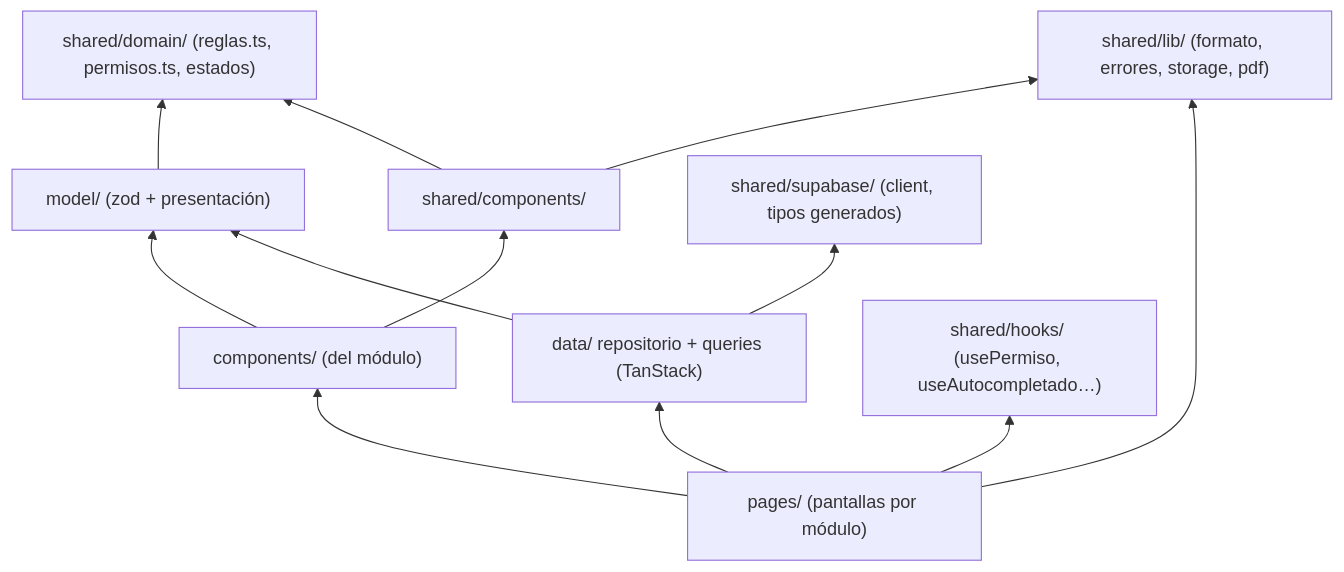
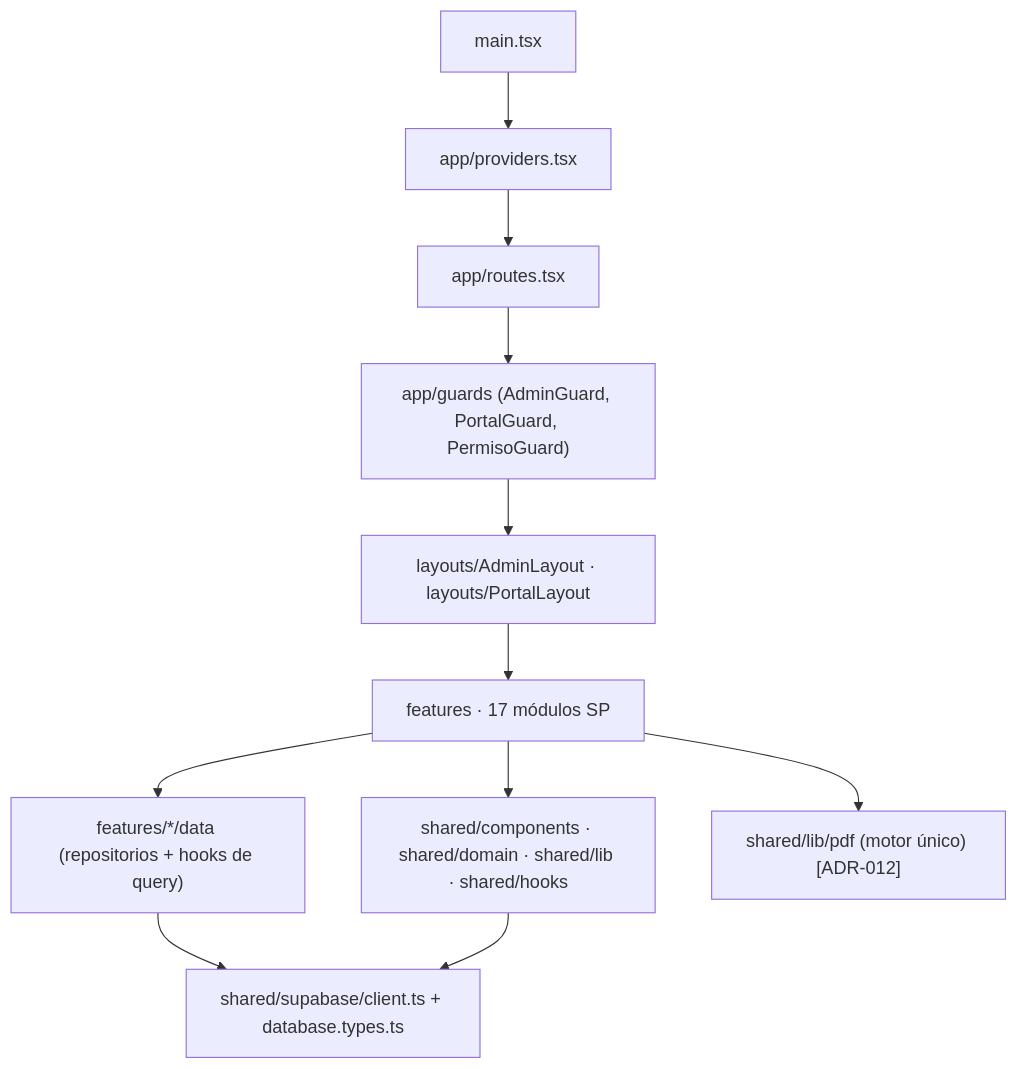
Before and after one commit to SantillanMJoseM/PoryectoTaller: the second of 7 diagrams in docs/architecture/COMPONENT_DIAGRAM.md, drawn with Mermaid. The commit also changed other lines of this file and 5 other files, not shown here.

````diff
--- a/docs/architecture/COMPONENT_DIAGRAM.md
+++ b/docs/architecture/COMPONENT_DIAGRAM.md
@@ -105,14 +69,16 @@
 ```mermaid
-graph BT
-  PAGES["pages/ (pantallas por módulo)"] --> COMPONENTS["components/ (del módulo)"]
-  COMPONENTS --> SHARED_COMPONENTS["shared/components/"]
-  PAGES --> DATA["data/ repositorio + queries (TanStack)"]
-  COMPONENTS --> MODEL["model/ (zod + presentación)"]
-  DATA --> SHARED_SUPA["shared/supabase/ (client, tipos generados)"]
-  MODEL --> SHARED_DOMAIN["shared/domain/ (reglas.ts, permisos.ts, estados)"]
-  DATA --> MODEL
-  PAGES --> SHARED_HOOKS["shared/hooks/ (usePermiso, useAutocompletado…)"]
-  SHARED_COMPONENTS --> SHARED_DOMAIN
-  SHARED_COMPONENTS --> SHARED_LIB["shared/lib/ (formato, errores, storage, pdf)"]
-  PAGES --> SHARED_LIB
+graph TD
+  MAIN["main.tsx"] --> APP["app/providers.tsx"]
+  APP --> ROUTES["app/routes.tsx"]
+  ROUTES --> G["app/guards (AdminGuard, PortalGuard, PermisoGuard)"]
+  G --> LAYOUTS["layouts/AdminLayout · layouts/PortalLayout"]
+  LAYOUTS --> F["features · 17 módulos SP"]
+  F --> SHARED["shared/components · shared/domain · shared/lib · shared/hooks"]
+  F --> DATA["features/*/data (repositorios + hooks de query)"]
+  DATA --> SB["shared/supabase/client.ts + database.types.ts"]
+  SHARED --> SB
+  F --> PDF["shared/lib/pdf (motor único) [ADR-012]"]
+
+  classDef prohibido stroke-dasharray 5 5
+  class F prohibido
 ```
````
